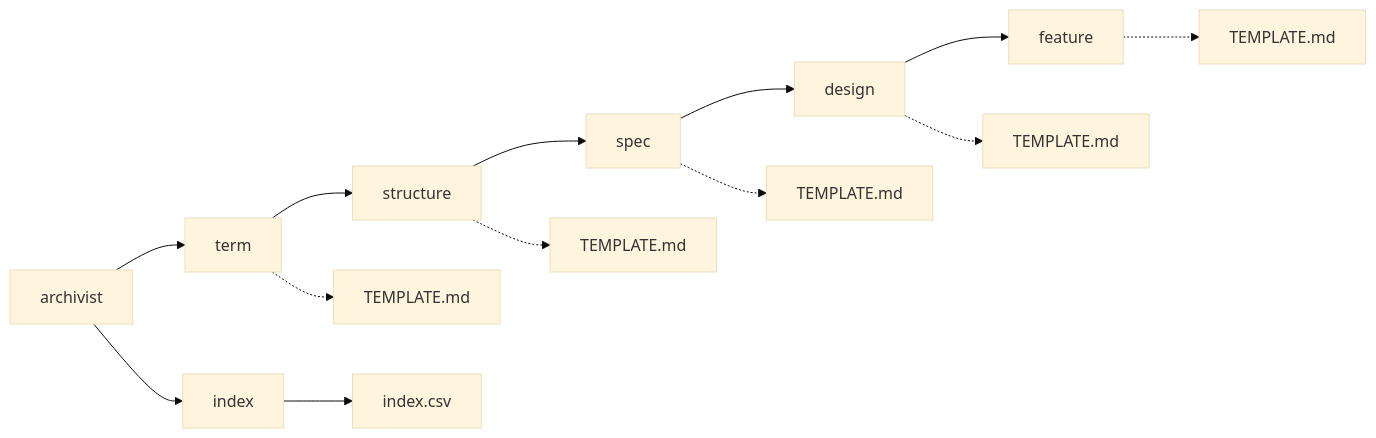
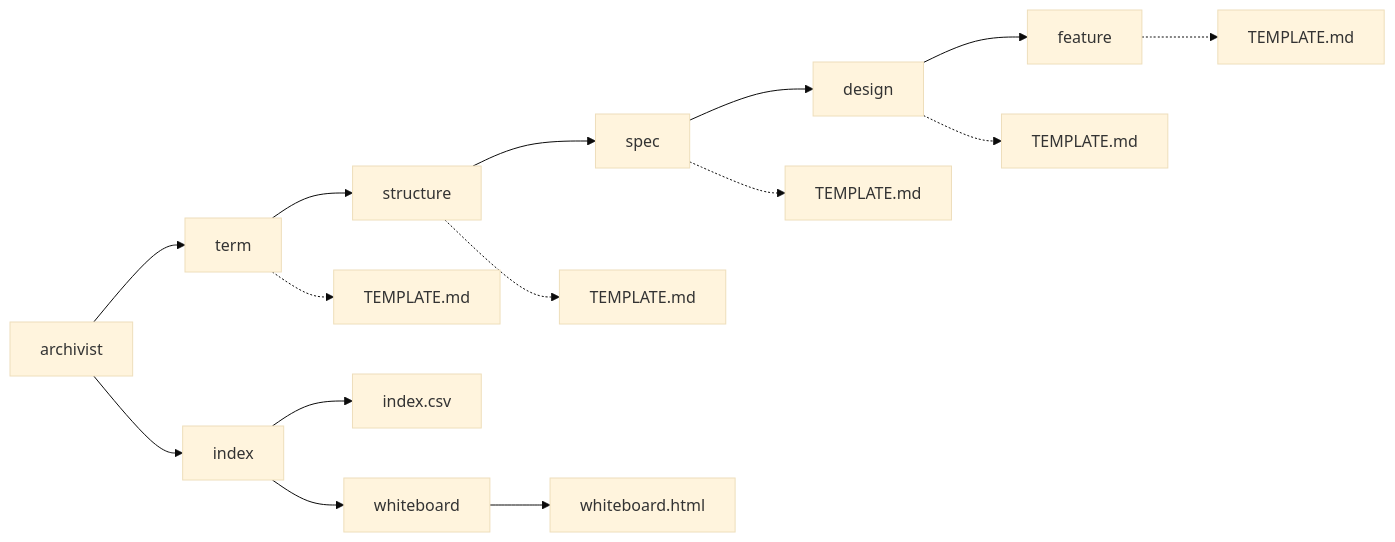
The diagram in docs/archivist/L2_designs/archivist.md (gameundwatch/archivist), drawn with Mermaid (base theme) before and after one commit. The commit also changed other lines of this file and 10 other files, not shown here.

````diff
--- a/docs/archivist/L2_designs/archivist.md
+++ b/docs/archivist/L2_designs/archivist.md
@@ -17,10 +18,11 @@
 ```mermaid
 flowchart LR
     A[archivist] --> T[term] --> S[structure] --> SP[spec] --> D[design] --> F[feature]
     A --> IX[index] --> CSV["index.csv"]
+    IX --> WB[whiteboard] --> HTML["whiteboard.html"]
     T -.-> TT["TEMPLATE.md"]
     S -.-> TS["TEMPLATE.md"]
     SP -.-> TP["TEMPLATE.md"]
     D -.-> TD["TEMPLATE.md"]
     F -.-> TF["TEMPLATE.md"]
 ```
````
